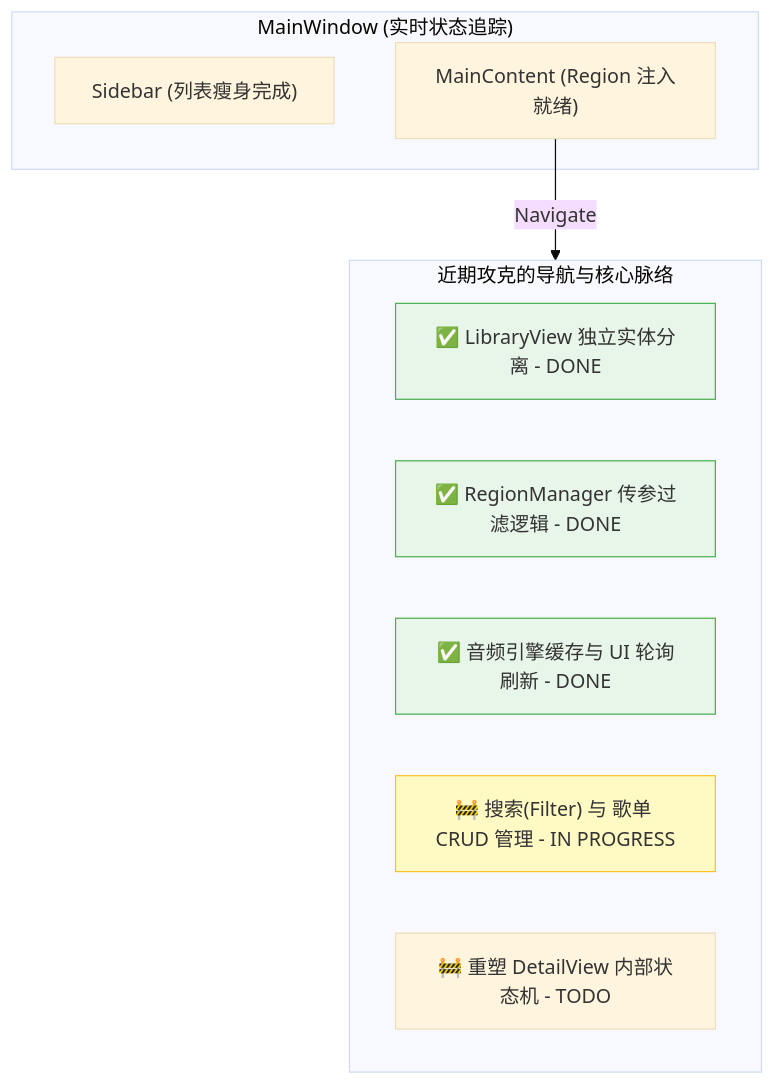
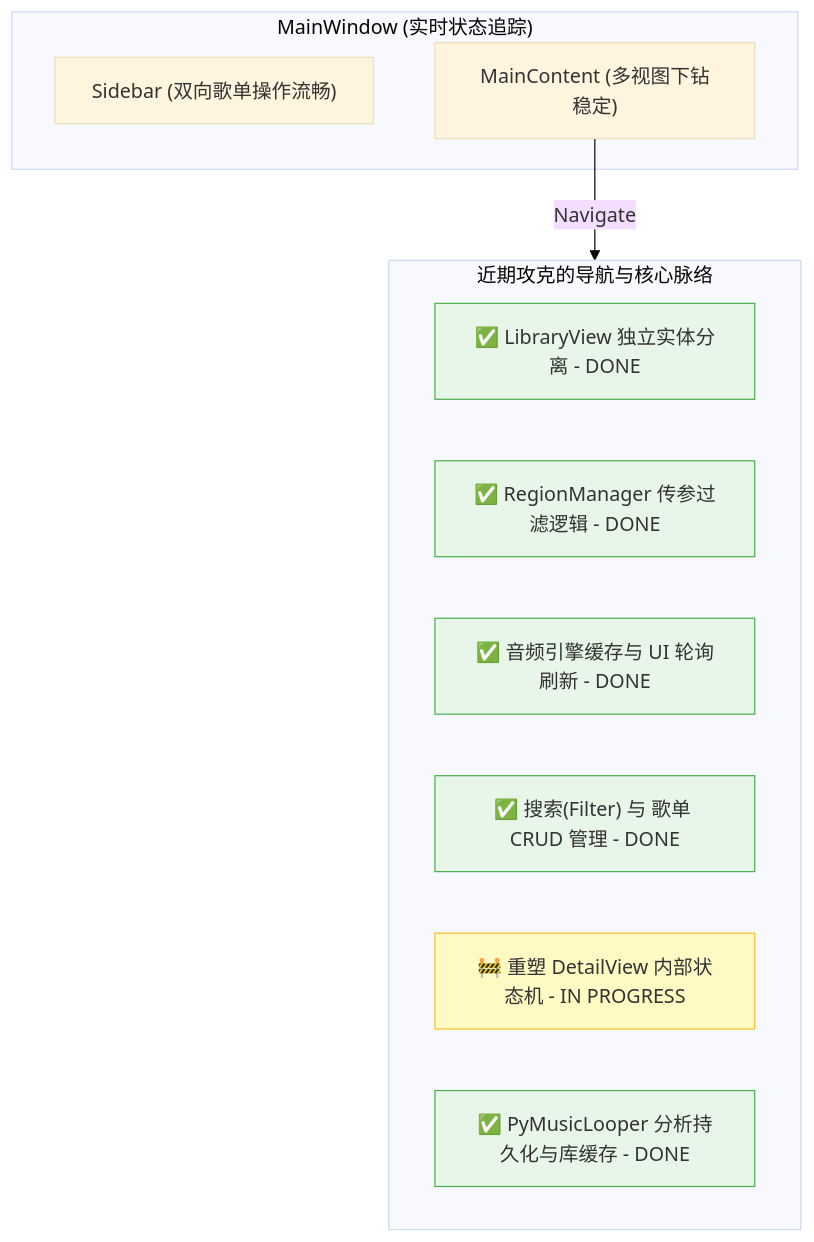
The third of 3 diagrams in progress/23更详细的架构.md (CPUrising/seamless-loop-music), drawn with Mermaid (base theme) before and after one commit. The commit also changed other lines of this file and 3 other files, not shown here.

````diff
--- a/progress/23更详细的架构.md
+++ b/progress/23更详细的架构.md
@@ -97,22 +97,25 @@
 ```mermaid
 graph TD
     subgraph MW_Current ["MainWindow (实时状态追踪)"]
-        SBC["Sidebar (列表瘦身完成)"]
-        MCC["MainContent (Region 注入就绪)"]
+        SBC["Sidebar (双向歌单操作流畅)"]
+        MCC["MainContent (多视图下钻稳定)"]
     end
 
     subgraph Nav_Fix ["近期攻克的导航与核心脉络"]
         Fix1["✅ LibraryView 独立实体分离 - DONE"]
         Fix2["✅ RegionManager 传参过滤逻辑 - DONE"]
         Fix3["✅ 音频引擎缓存与 UI 轮询刷新 - DONE"]
-        Fix4["🚧 搜索(Filter) 与 歌单 CRUD 管理 - IN PROGRESS"]
-        Fix5["🚧 重塑 DetailView 内部状态机 - TODO"]
+        Fix4["✅ 搜索(Filter) 与 歌单 CRUD 管理 - DONE"]
+        Fix5["🚧 重塑 DetailView 内部状态机 - IN PROGRESS"]
+        Fix6["✅ PyMusicLooper 分析持久化与库缓存 - DONE"]
     end
     
     MCC -- "Navigate" --> Nav_Fix
     
     style Fix1 fill:#e8f5e9,stroke:#4caf50
     style Fix2 fill:#e8f5e9,stroke:#4caf50
     style Fix3 fill:#e8f5e9,stroke:#4caf50
-    style Fix4 fill:#fff9c4,stroke:#fbc02d
+    style Fix4 fill:#e8f5e9,stroke:#4caf50
+    style Fix6 fill:#e8f5e9,stroke:#4caf50
+    style Fix5 fill:#fff9c4,stroke:#fbc02d
 ```
````
